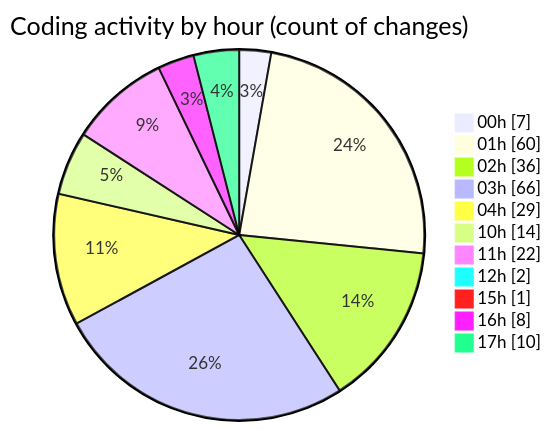
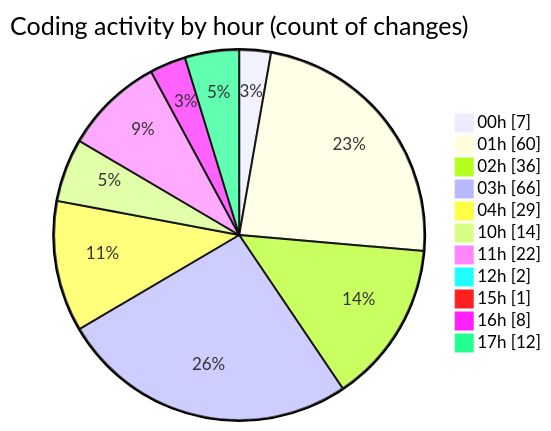
One commit to julien-gomy/code-tracking changed the second of 2 diagrams in 2025-10-07/eventscop-frontend-guide__workspace_/README.md. Above: the diagram before and after it, drawn with Mermaid. The commit also changed other lines of this file and 1 other file, not shown here.

````diff
--- a/2025-10-07/eventscop-frontend-guide__workspace_/README.md
+++ b/2025-10-07/eventscop-frontend-guide__workspace_/README.md
@@ -107,15 +107,15 @@
 ```mermaid
 pie showData
 title Coding activity by hour (count of changes)
 "00h" : 7
 "01h" : 60
 "02h" : 36
 "03h" : 66
 "04h" : 29
 "10h" : 14
 "11h" : 22
 "12h" : 2
 "15h" : 1
 "16h" : 8
-"17h" : 10
+"17h" : 12
 ```
````
